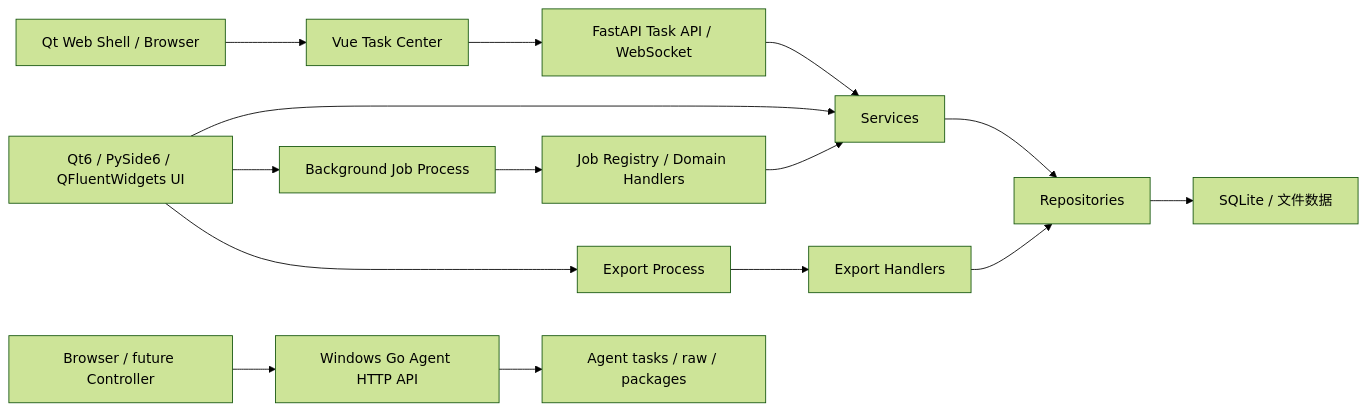
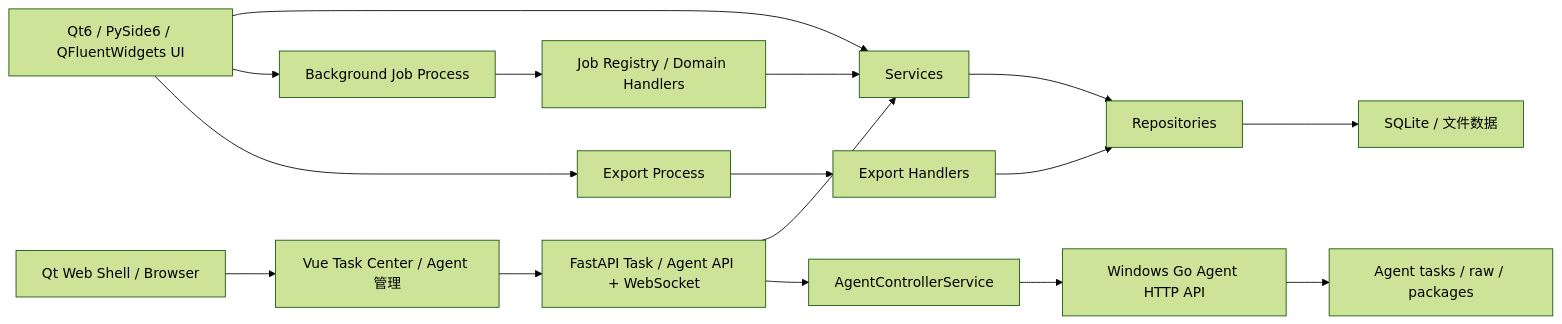
One commit to wxj183589/NetConsole changed the diagram in README.md. Above: the diagram before and after it, drawn with Mermaid (forest theme). The commit also changed other lines of this file and 41 other files, not shown here.

Commit message:
feat(agent): 新增 Agent Controller 与 Web 管理

````diff
--- a/README.md
+++ b/README.md
@@ -38,17 +38,18 @@
 ```mermaid
 flowchart LR
     UI["Qt6 / PySide6 / QFluentWidgets UI"] --> SVC["Services"]
-    WS["Qt Web Shell / Browser"] --> VUE["Vue Task Center"]
-    VUE --> API["FastAPI Task API / WebSocket"]
+    WS["Qt Web Shell / Browser"] --> VUE["Vue Task Center / Agent 管理"]
+    VUE --> API["FastAPI Task / Agent API + WebSocket"]
     API --> SVC
     SVC --> REPO["Repositories"]
     REPO --> DB["SQLite / 文件数据"]
     UI --> JOB["Background Job Process"]
     UI --> EXP["Export Process"]
     JOB --> REG["Job Registry / Domain Handlers"]
     EXP --> WRITER["Export Handlers"]
     REG --> SVC
     WRITER --> REPO
-    BROWSER["Browser / future Controller"] --> AGENT["Windows Go Agent HTTP API"]
+    API --> CTRL["AgentControllerService"]
+    CTRL --> AGENT["Windows Go Agent HTTP API"]
     AGENT --> AGENTDATA["Agent tasks / raw / packages"]
 ```
````
